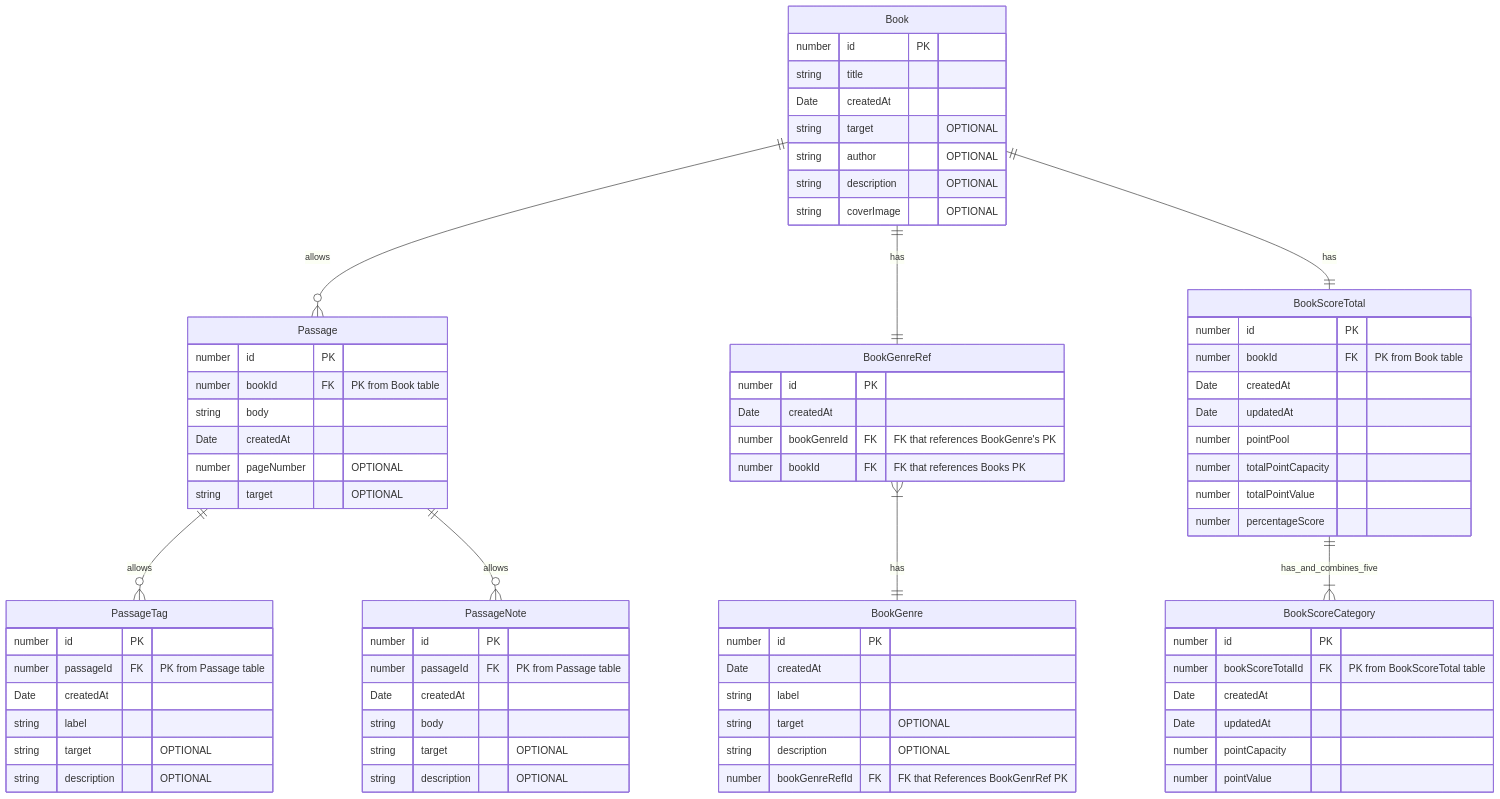
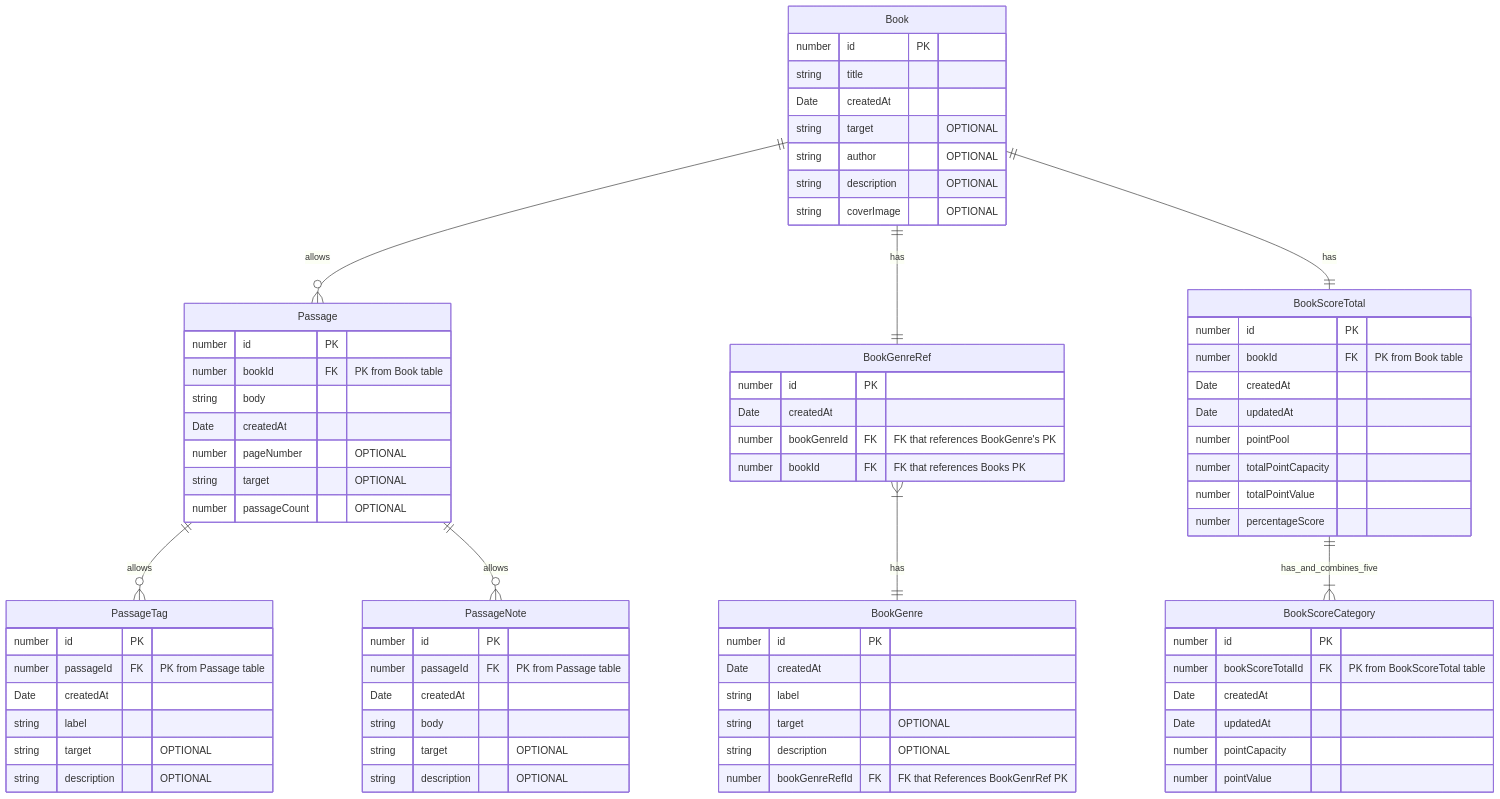
One commit to riapacheco/ri-reader-app changed the diagram in README.md. Above: the diagram before and after it, drawn with Mermaid. The commit also changed 45 other files, not shown here.

```diff
--- a/README.md
+++ b/README.md
@@ -88,6 +88,7 @@
         Date createdAt
         number pageNumber "OPTIONAL"
         string target "OPTIONAL"
+        number passageCount "OPTIONAL"
     }
 
     Book ||--o{ Passage : allows
```
